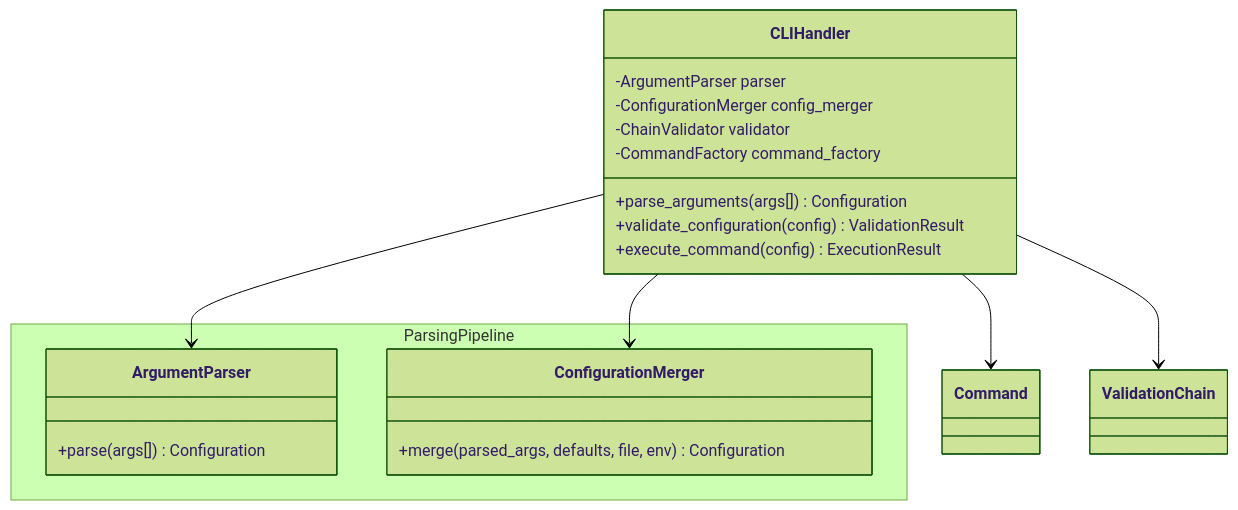
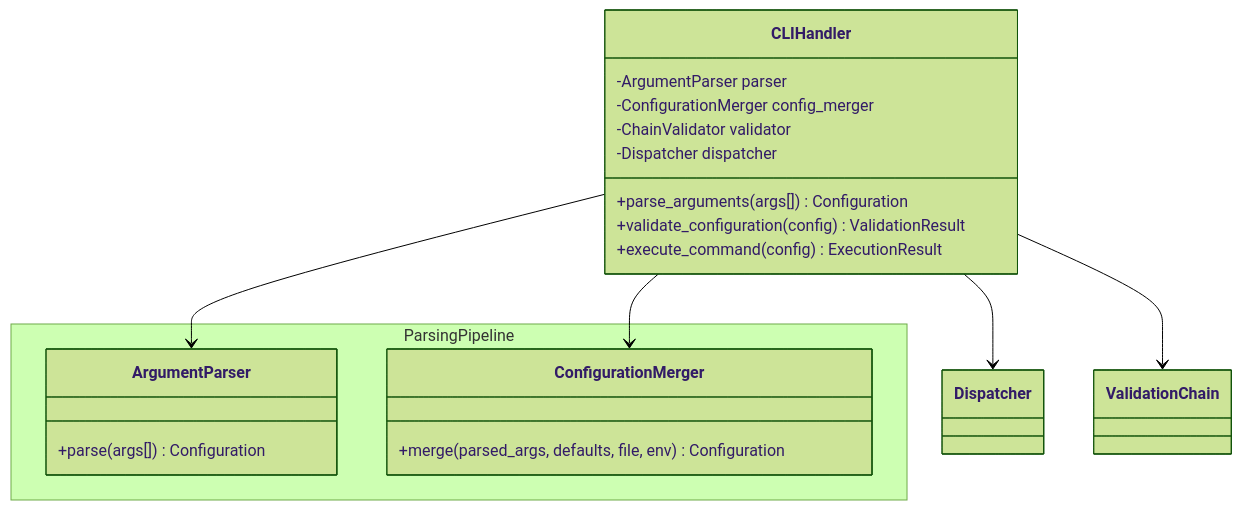
Before and after one commit to FilippoGurioli/test-2-code-llm: the second of 5 diagrams in docs/design.md, drawn with Mermaid (forest theme). The commit also changed other lines of this file and 1 other file, not shown here.

Commit message:
docs: complete detailed design for dispatcher

````diff
--- a/docs/design.md
+++ b/docs/design.md
@@ -55,27 +55,27 @@
 ```mermaid
 classDiagram
     class CLIHandler {
         -ArgumentParser parser
         -ConfigurationMerger config_merger
         -ChainValidator validator
-        -CommandFactory command_factory
+        -Dispatcher dispatcher
         +parse_arguments(args[]) Configuration
         +validate_configuration(config) ValidationResult
         +execute_command(config) ExecutionResult
     }
     
     namespace ParsingPipeline {
         class ArgumentParser {
             +parse(args[]) Configuration
         }
 
         class ConfigurationMerger {
             +merge(parsed_args, defaults, file, env) Configuration
         }
     }
     
-    CLIHandler --> Command
+    CLIHandler --> Dispatcher
     CLIHandler --> ValidationChain
     CLIHandler --> ArgumentParser
     CLIHandler --> ConfigurationMerger
 ```
````
